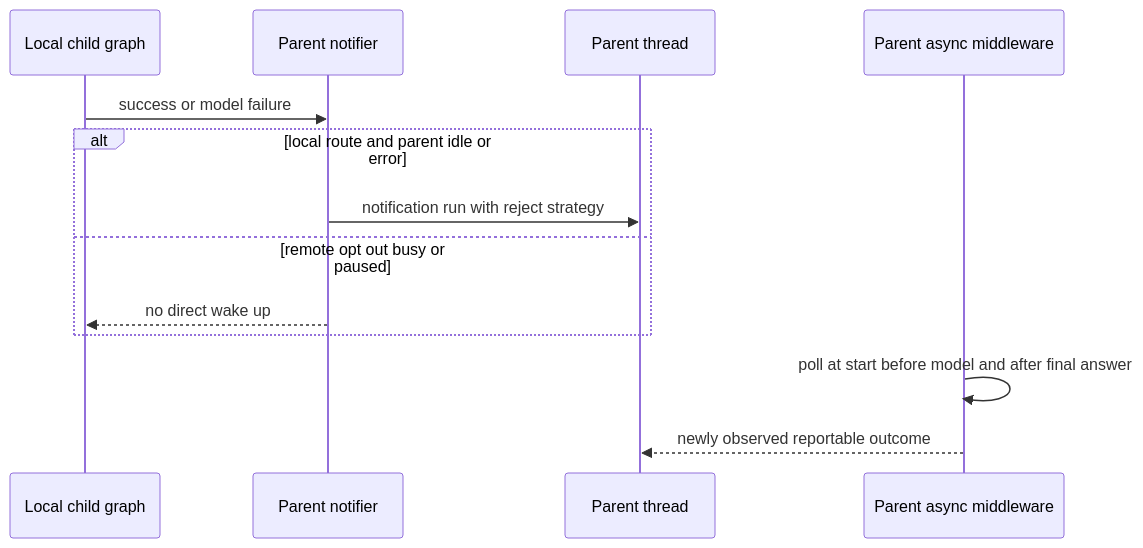
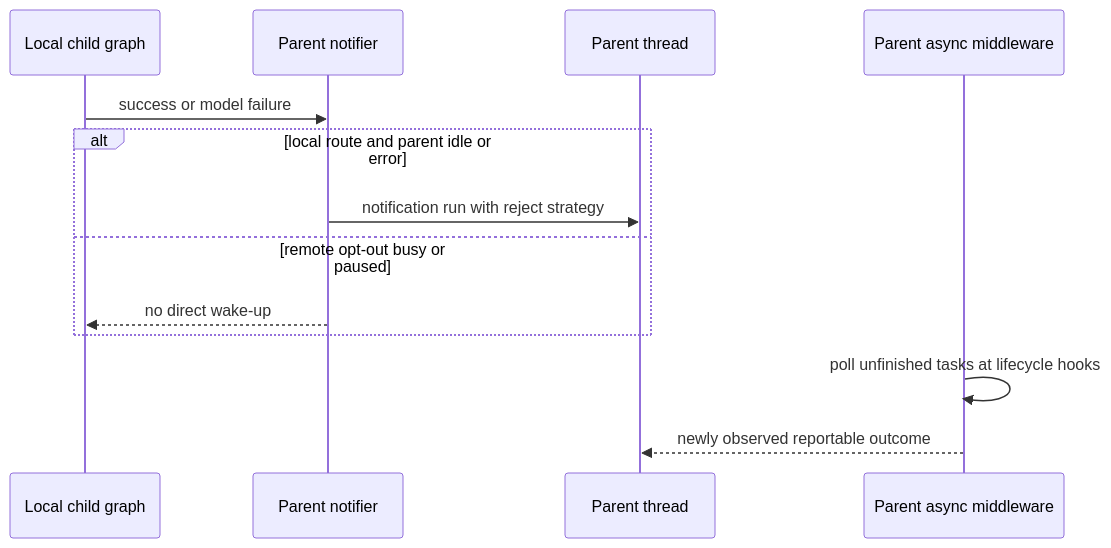
The fifth of 5 diagrams in openwiki/architecture/runtime-behavior.md (langchain-ai/deepagents), drawn with Mermaid before and after one commit. The commit also changed other lines of this file and 69 other files, not shown here.

````diff
--- a/openwiki/architecture/runtime-behavior.md
+++ b/openwiki/architecture/runtime-behavior.md
@@ -135,15 +150,15 @@
 ```mermaid
 sequenceDiagram
     participant Child as Local child graph
     participant Notifier as Parent notifier
     participant Parent as Parent thread
     participant Poller as Parent async middleware
     Child->>Notifier: success or model failure
     alt local route and parent idle or error
         Notifier->>Parent: notification run with reject strategy
-    else remote opt out busy or paused
-        Notifier-->>Child: no direct wake up
+    else remote opt-out busy or paused
+        Notifier-->>Child: no direct wake-up
     end
-    Poller->>Poller: poll at start before model and after final answer
+    Poller->>Poller: poll unfinished tasks at lifecycle hooks
     Poller-->>Parent: newly observed reportable outcome
 ```
````
